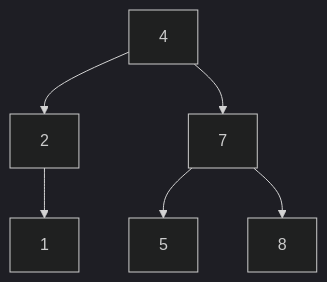
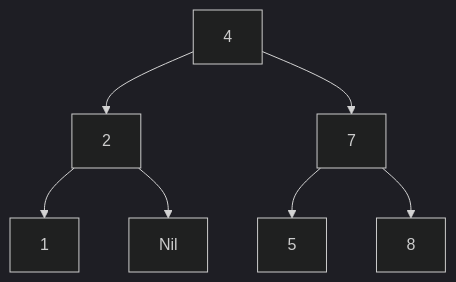
The diagram in ch_05 ２分木探索.md (kn201905/Haskell), drawn with Mermaid (dark theme) before and after one commit. The commit also changed other lines of this file, not shown here.

````diff
--- a/ch_05 ２分木探索.md
+++ b/ch_05 ２分木探索.md
@@ -19,7 +28,9 @@
 ```mermaid
 graph TD
-    4 --> 2 --> 1;
+    4 --> 2;
+    2 --> 1;
+    2 --> Nil;
     4 --> 7;
     7 --> 5;
     7 --> 8;
 ```
````
